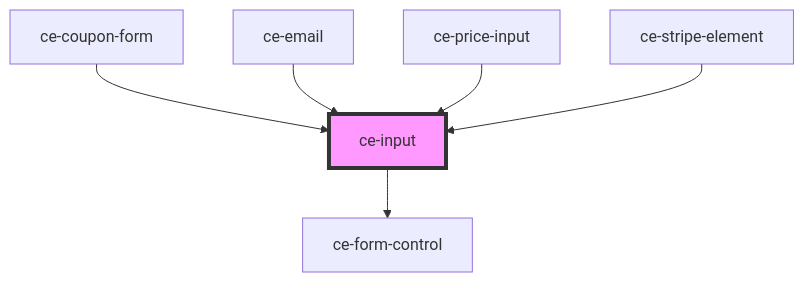
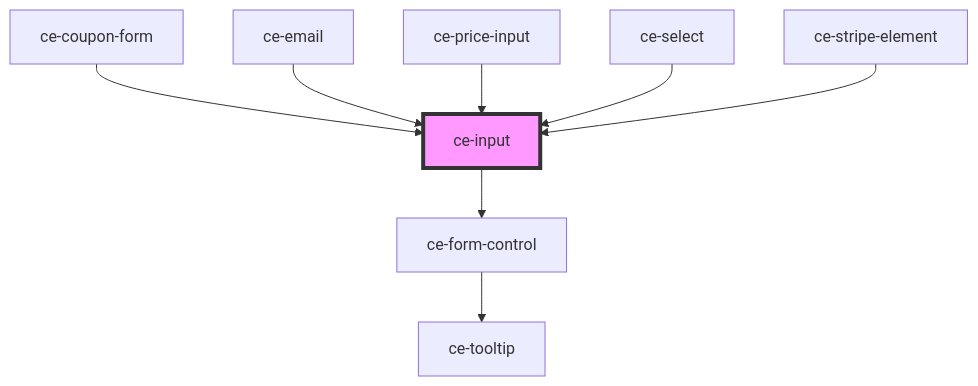
One commit to surecart/surecart-wp-plugin changed the diagram in packages/components/src/components/ui/input/readme.md. Above: the diagram before and after it, drawn with Mermaid. The commit also changed other lines of this file and 65 other files, not shown here.

````diff
--- a/packages/components/src/components/ui/input/readme.md
+++ b/packages/components/src/components/ui/input/readme.md
@@ -125,9 +127,11 @@
 ```mermaid
 graph TD;
   ce-input --> ce-form-control
+  ce-form-control --> ce-tooltip
   ce-coupon-form --> ce-input
   ce-email --> ce-input
   ce-price-input --> ce-input
+  ce-select --> ce-input
   ce-stripe-element --> ce-input
   style ce-input fill:#f9f,stroke:#333,stroke-width:4px
 ```
````
